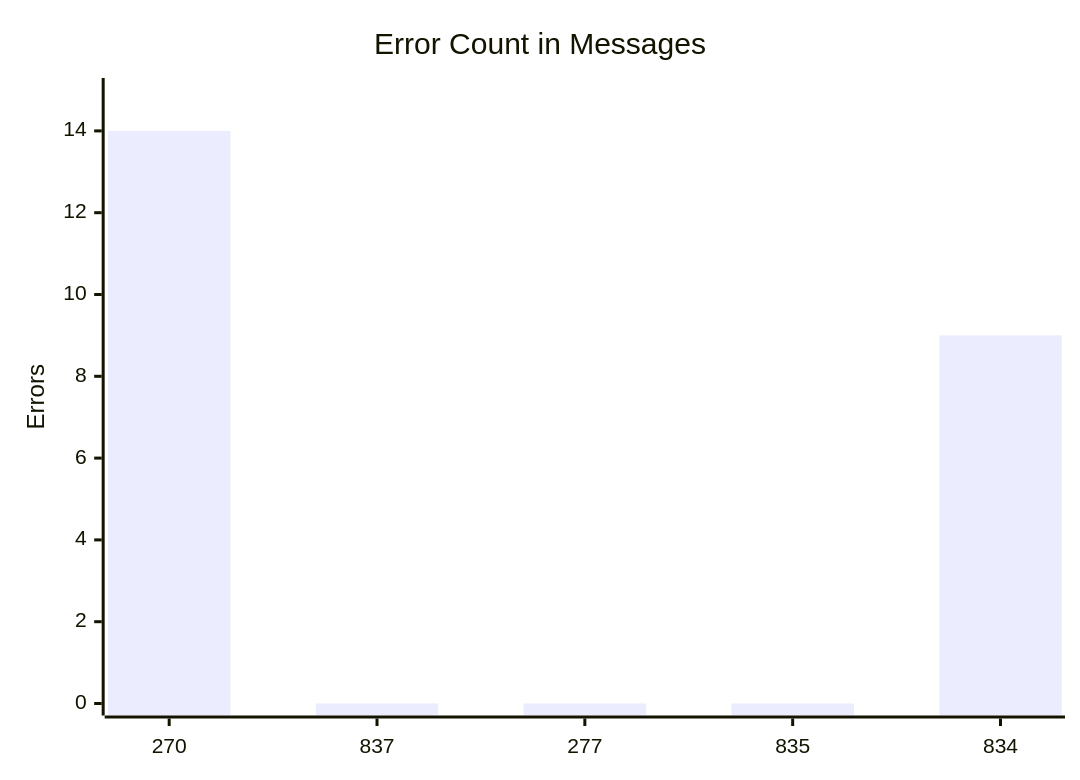
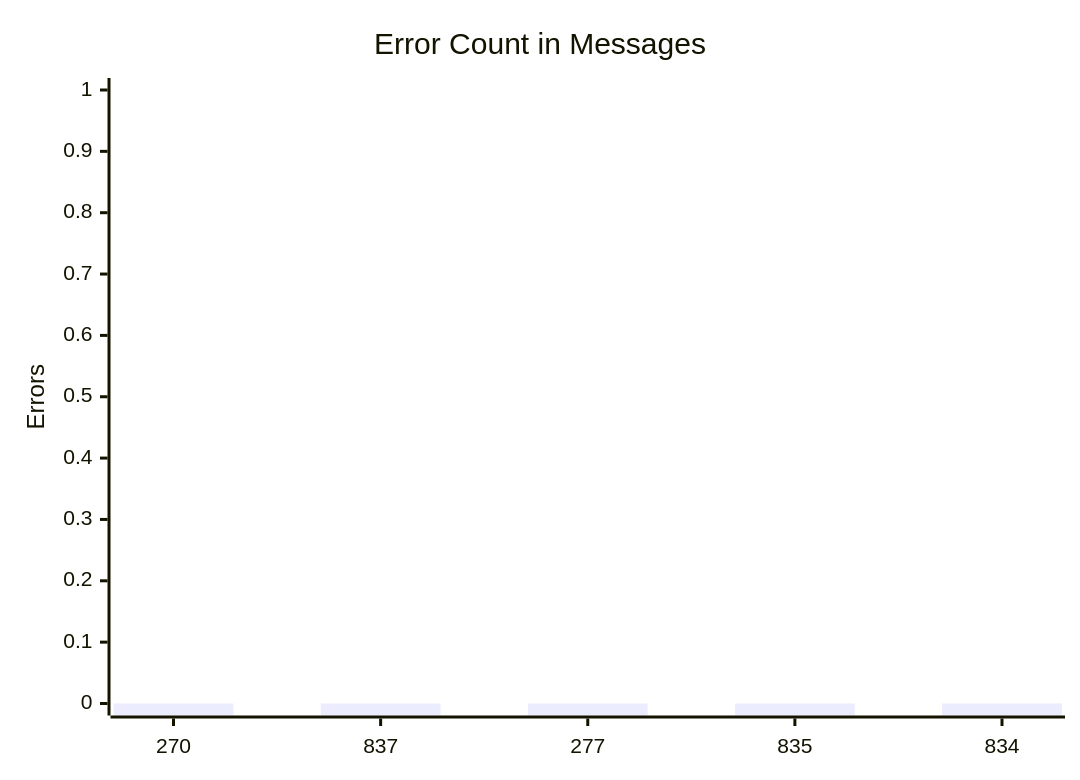
The third of 10 diagrams in test-tools/DataGen/src/Statistics_Visualizer.md (dhagan-va/intern-2025), drawn with Mermaid before and after one commit. The commit also changed other lines of this file and 2 other files, not shown here.

````diff
--- a/test-tools/DataGen/src/Statistics_Visualizer.md
+++ b/test-tools/DataGen/src/Statistics_Visualizer.md
@@ -40,7 +40,7 @@
 ```mermaid
 xychart-beta
     title "Error Count in Messages"
     x-axis ["270", "837", "277", "835", "834"]
-    y-axis "Errors" 0 --> 15
-    bar [14, 0, 0, 0, 9]
+    y-axis "Errors" 0 --> 1
+    bar [0, 0, 0, 0, 0]
 ```
````
